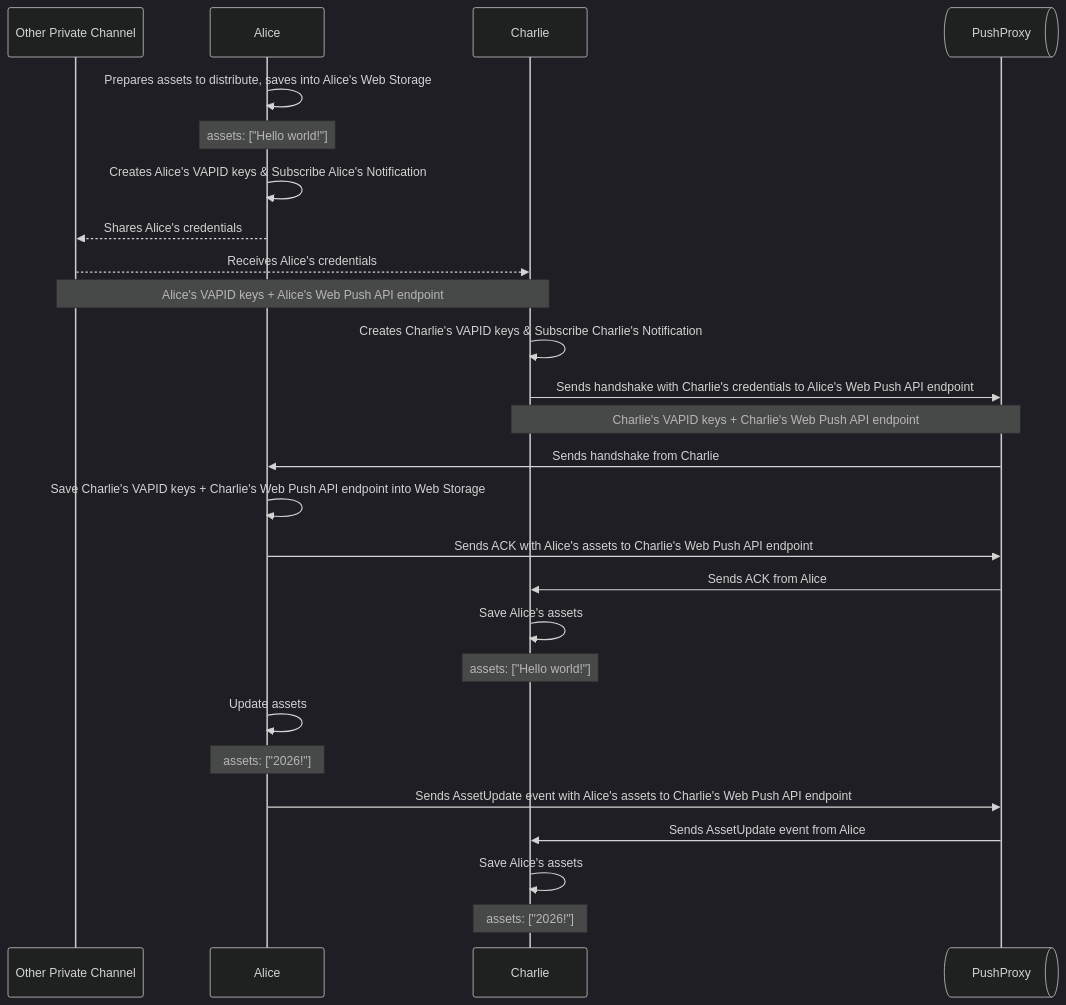
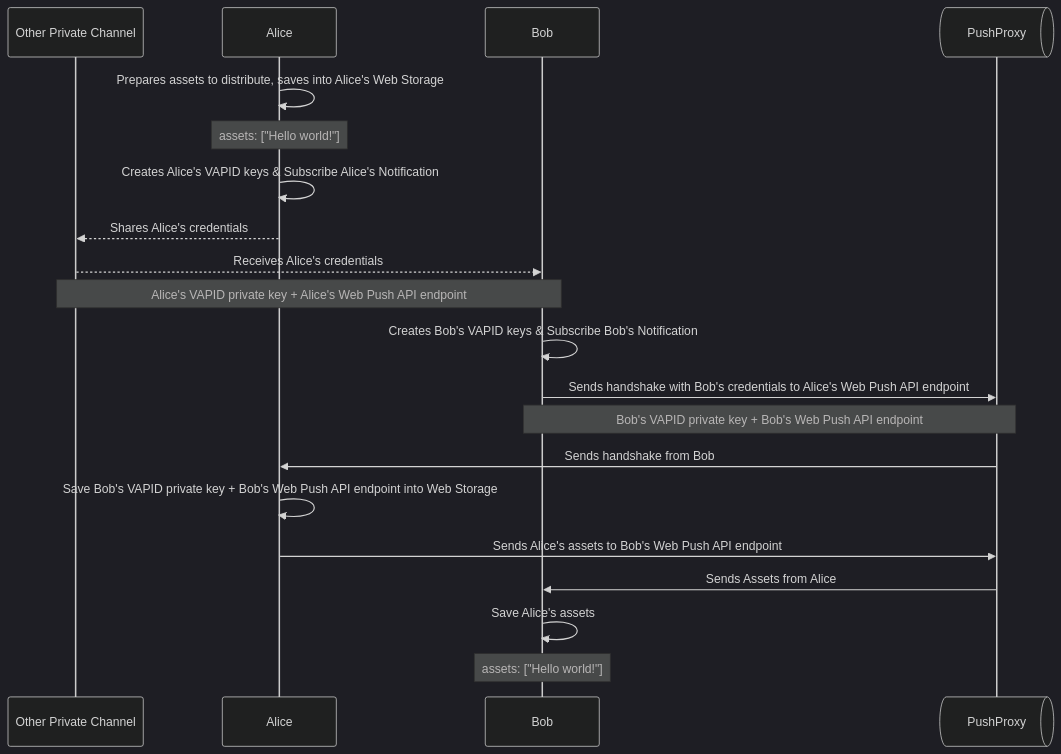
The diagram in README.md (atjsh/BaaB), drawn with Mermaid (dark theme) before and after one commit. The commit also changed other lines of this file and 1 other file, not shown here.

````diff
--- a/README.md
+++ b/README.md
@@ -100,32 +153,26 @@
 ```mermaid
 sequenceDiagram
     participant Other Private Channel
     participant Alice
-    participant Charlie
+    participant Bob
     participant PushProxy@{ "type" : "queue" }
 
     Alice->>Alice: Prepares assets to distribute, saves into Alice's Web Storage
     note over Alice: assets: ["Hello world!"]
     Alice->>Alice: Creates Alice's VAPID keys & Subscribe Alice's Notification
 
     Alice-->>Other Private Channel: Shares Alice's credentials
-    Other Private Channel-->>Charlie: Receives Alice's credentials
-    note over Other Private Channel, Charlie: Alice's VAPID keys + Alice's Web Push API endpoint
+    Other Private Channel-->>Bob: Receives Alice's credentials
+    note over Other Private Channel, Bob: Alice's VAPID private key + Alice's Web Push API endpoint
 
-    Charlie->>Charlie: Creates Charlie's VAPID keys & Subscribe Charlie's Notification
-    Charlie->>PushProxy: Sends handshake with Charlie's credentials to Alice's Web Push API endpoint
-    Note over Charlie, PushProxy: Charlie's VAPID keys + Charlie's Web Push API endpoint
-    PushProxy->>Alice: Sends handshake from Charlie
-    Alice->>Alice: Save Charlie's VAPID keys + Charlie's Web Push API endpoint into Web Storage
-    Alice->>PushProxy: Sends ACK with Alice's assets to Charlie's Web Push API endpoint
-    PushProxy->>Charlie: Sends ACK from Alice
-    Charlie->>Charlie: Save Alice's assets
-    note over Charlie: assets: ["Hello world!"]
+    Bob->>Bob: Creates Bob's VAPID keys & Subscribe Bob's Notification
+    Bob->>PushProxy: Sends handshake with Bob's credentials to Alice's Web Push API endpoint
+    Note over Bob, PushProxy: Bob's VAPID private key + Bob's Web Push API endpoint
+    PushProxy->>Alice: Sends handshake from Bob
+    Alice->>Alice: Save Bob's VAPID private key + Bob's Web Push API endpoint into Web Storage
 
-    Alice->>Alice: Update assets
-    note over Alice: assets: ["2026!"]
-    Alice->>PushProxy: Sends AssetUpdate event with Alice's assets to Charlie's Web Push API endpoint
-    PushProxy->>Charlie: Sends AssetUpdate event from Alice
-    Charlie->>Charlie: Save Alice's assets
-    note over Charlie: assets: ["2026!"]
+    Alice->>PushProxy: Sends Alice's assets to Bob's Web Push API endpoint
+    PushProxy->>Bob: Sends Assets from Alice
+    Bob->>Bob: Save Alice's assets
+    note over Bob: assets: ["Hello world!"]
 ```
````
